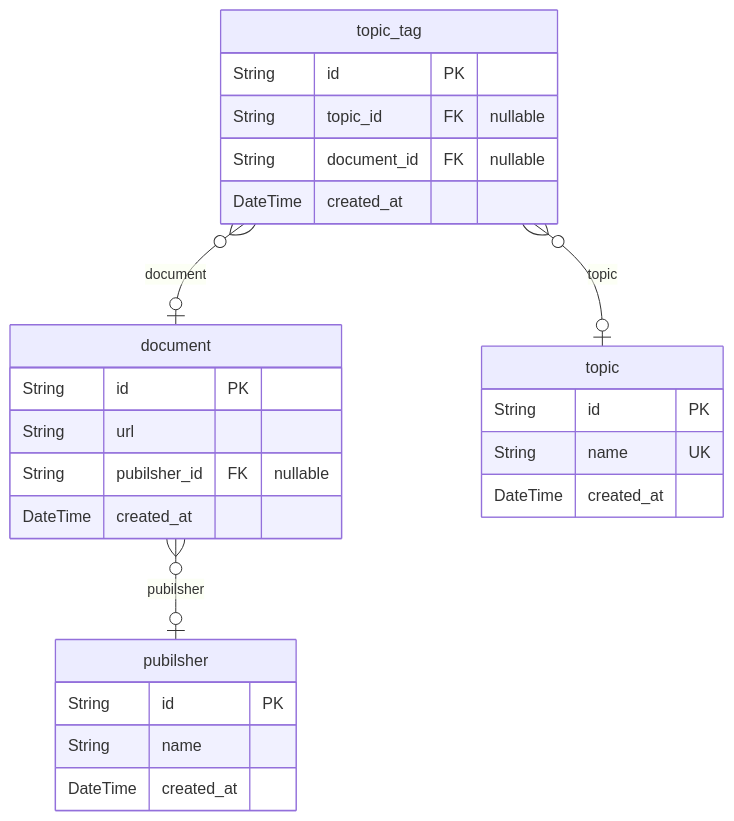
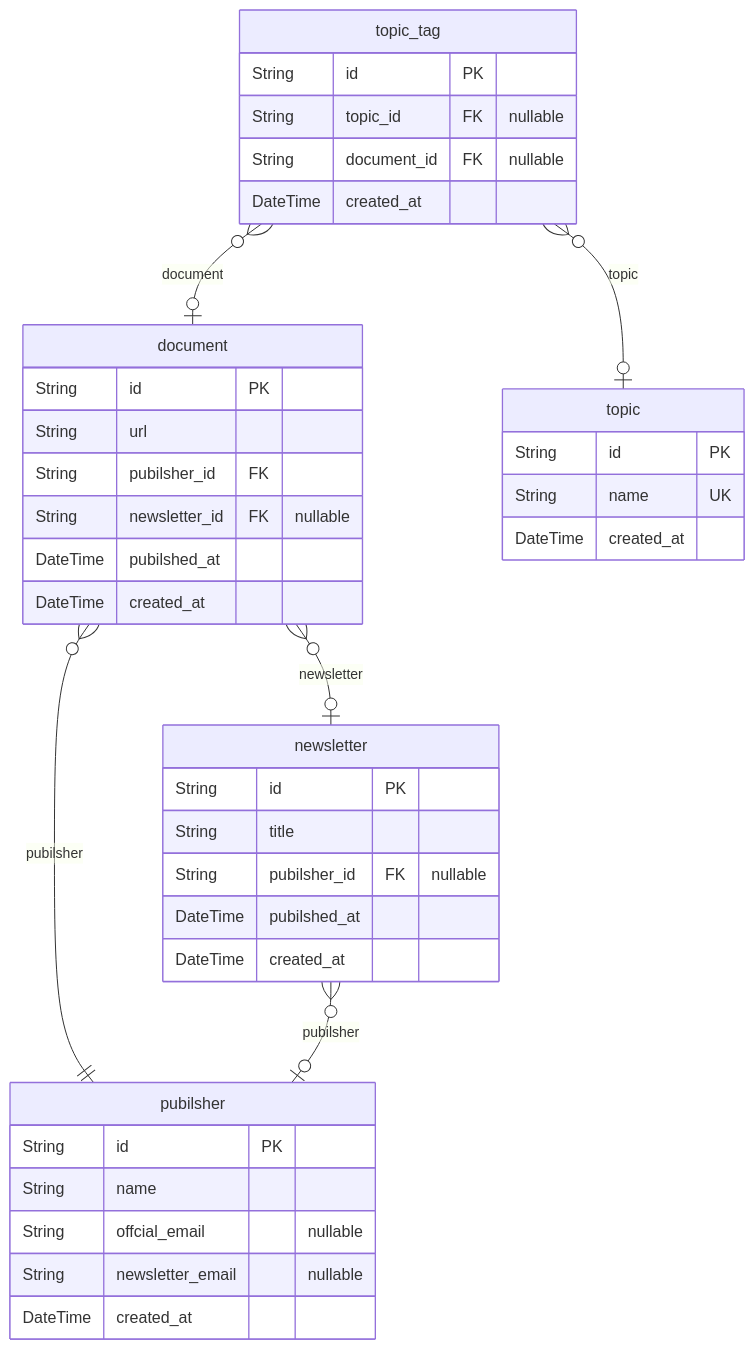
One commit to Mailly-Project/Mailly-BE changed the second of 2 diagrams in docs/ERD.md. Above: the diagram before and after it, drawn with Mermaid. The commit also changed other lines of this file and 1 other file, not shown here.

Commit message:
feat: newsletter entity

````diff
--- a/docs/ERD.md
+++ b/docs/ERD.md
@@ -147,28 +147,41 @@
 ```mermaid
 erDiagram
 "document" {
   String id PK
   String url
-  String pubilsher_id FK "nullable"
+  String pubilsher_id FK
+  String newsletter_id FK "nullable"
+  DateTime pubilshed_at
   DateTime created_at
 }
 "pubilsher" {
   String id PK
   String name
+  String offcial_email "nullable"
+  String newsletter_email "nullable"
+  DateTime created_at
+}
+"newsletter" {
+  String id PK
+  String title
+  String pubilsher_id FK "nullable"
+  DateTime pubilshed_at
   DateTime created_at
 }
 "topic" {
   String id PK
   String name UK
   DateTime created_at
 }
 "topic_tag" {
   String id PK
   String topic_id FK "nullable"
   String document_id FK "nullable"
   DateTime created_at
 }
-"document" }o--o| "pubilsher" : pubilsher
+"document" }o--|| "pubilsher" : pubilsher
+"document" }o--o| "newsletter" : newsletter
+"newsletter" }o--o| "pubilsher" : pubilsher
 "topic_tag" }o--o| "topic" : topic
 "topic_tag" }o--o| "document" : document
 ```
````
